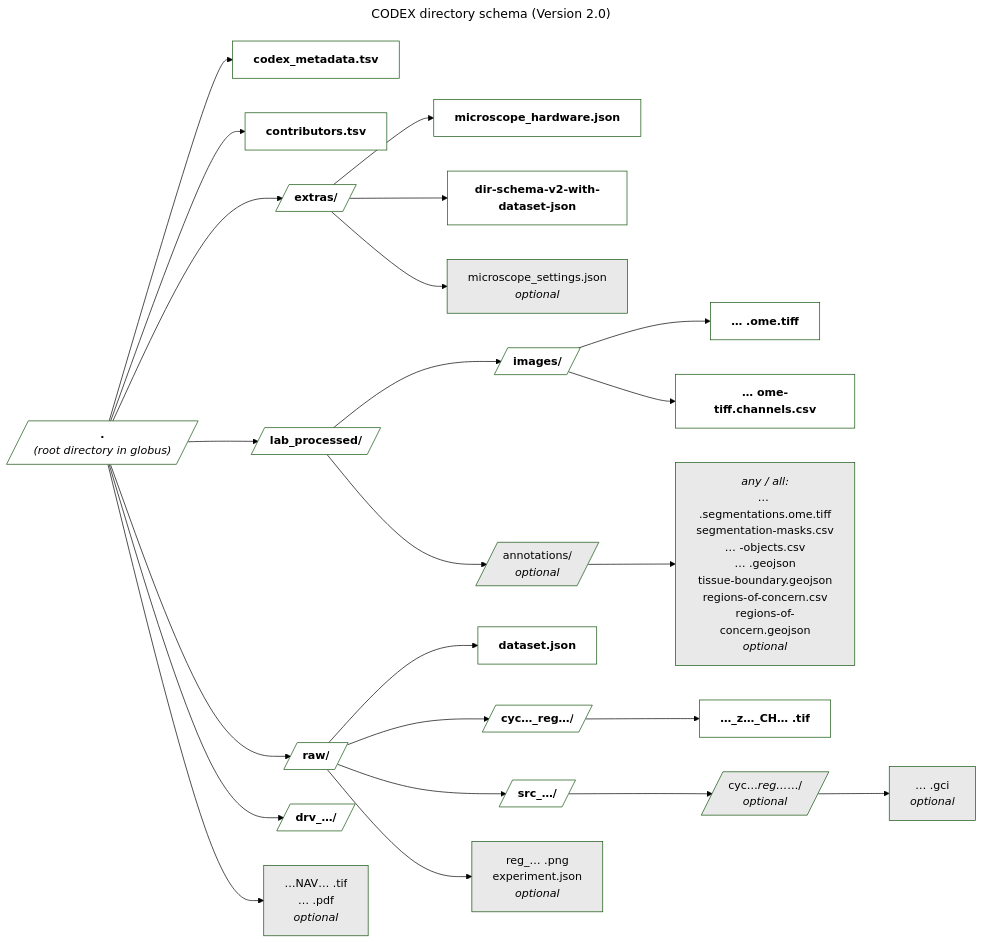
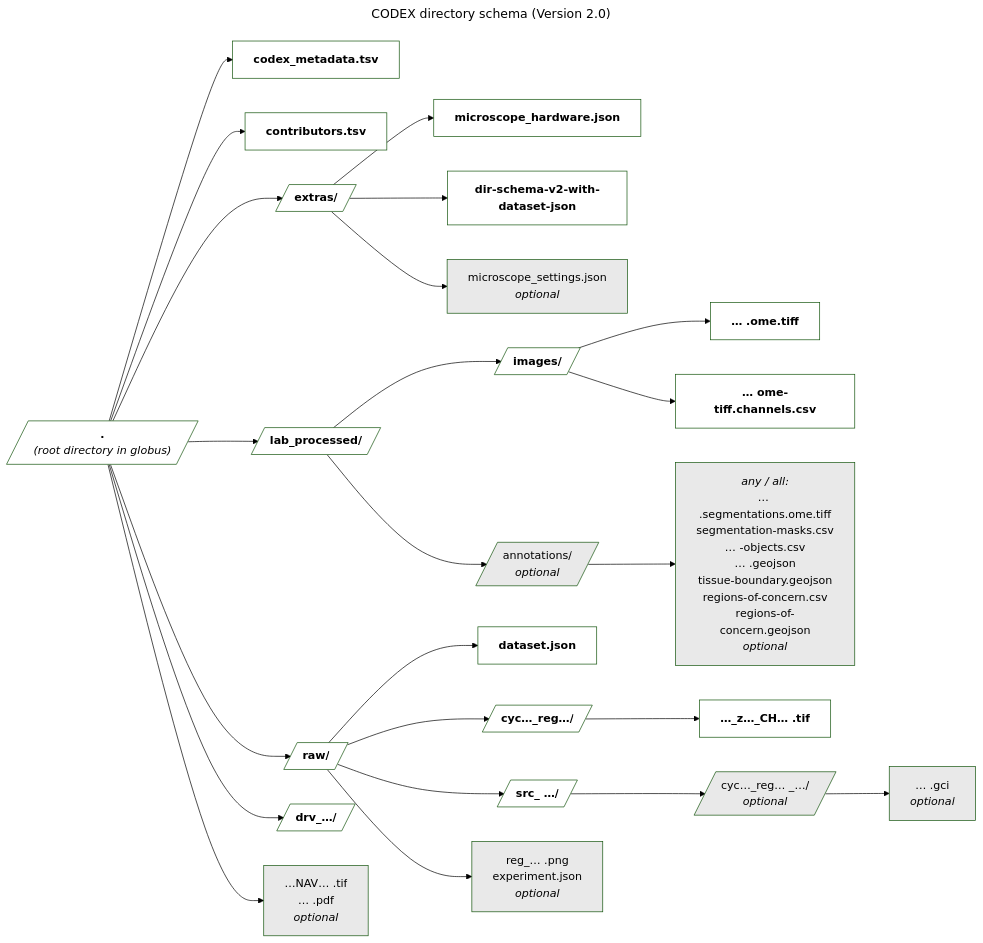
One commit to dojobo/ingest-validation-tools changed the diagram in docs/codex/current/index.md. Above: the diagram before and after it, drawn with Mermaid (forest theme).

Commit message:
underscores

````diff
--- a/docs/codex/current/index.md
+++ b/docs/codex/current/index.md
@@ -61,52 +61,52 @@
 ```mermaid
 ---
 title: CODEX directory schema (Version 2.0)
 ---
 flowchart LR
     root[/"`**.**
     *(root directory in globus)*`"/] --> meta["`**codex_metadata.tsv**`"]
     root --> c["`**contributors.tsv**`"]
     
     root --> ex[/"`**extras/**`"/] 
     ex --> mshw["`**microscope_hardware.json**`"]
     ex --> dirs["`**dir-schema-v2-with-dataset-json**`"]
     ex --> mss["`microscope_settings.json
     *optional*`"]:::opt
     
     
     root --> lp[/"`**lab_processed/**`"/] --> lpi[/"`**images/**`"/]
     lpi --> ometiff["`**… .ome.tiff**`"]
     lpi --> chan["`**… ome-tiff.channels.csv**`"]
     lp --> ann[/"`annotations/
     *optional*`"/]:::opt --> annfiles["`*any / all:*
     … .segmentations.ome.tiff
     segmentation-masks.csv
     … -objects.csv
     … .geojson
     tissue-boundary.geojson
     regions-of-concern.csv
     regions-of-concern.geojson
     *optional*`"]:::opt
     
     root --> raw[/"`**raw/**`"/]
     raw --> dataset["`**dataset.json**`"]
     raw --> cyc[/"`**cyc…_reg…/**`"/]
     cyc --> tif["`**…_z…_CH… .tif**`"]
-    raw --> src[/"`**src_…/**`"/]
-    src --> gcid[/"`cyc…_reg…_…/
+    raw --> src[/"`**src_ …/**`"/]
+    src --> gcid[/"`cyc…_reg… _…/
     *optional*`"/]:::opt
     gcid --> gci["`… .gci
     *optional*`"]:::opt
     raw --> png["`reg_… .png
     experiment.json
     *optional*`"]:::opt
     
     root --> drv[/"`**drv_…/**`"/]
 
     root--> nav["`…NAV… .tif
     … .pdf
     *optional*`"]:::opt
     
     classDef default fill:#FFFFFF,color:#000;
     classDef opt fill:#E9E9E9,color:#000;
 ```
````
